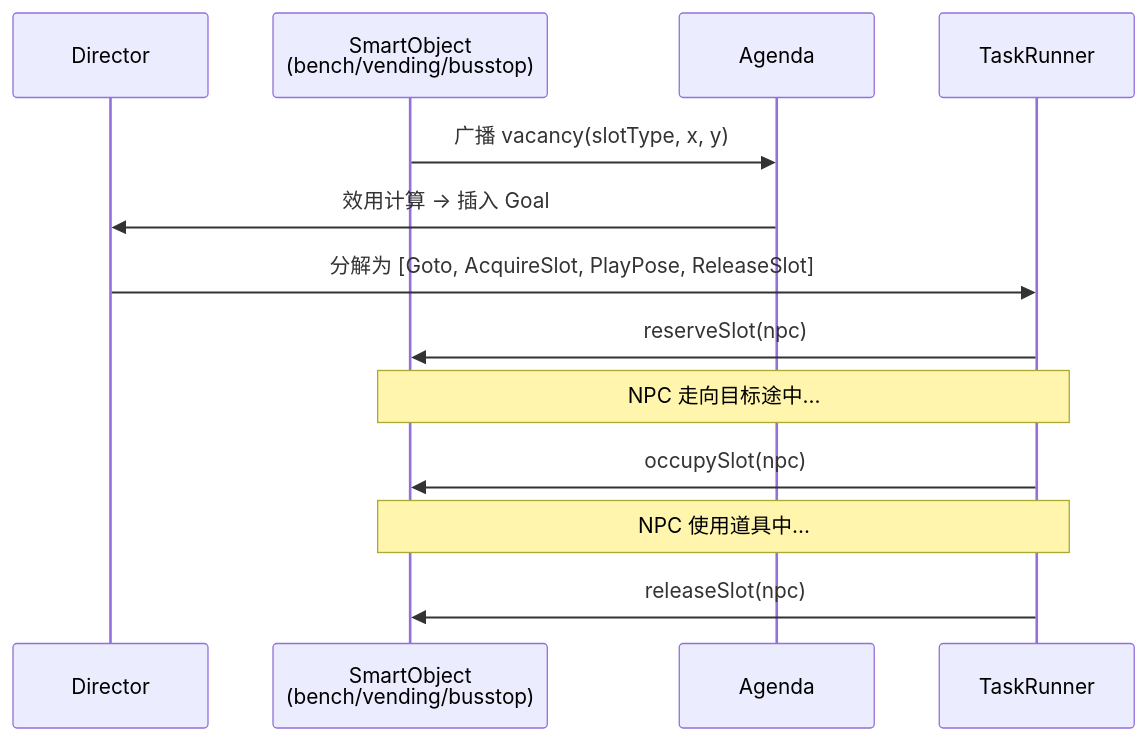
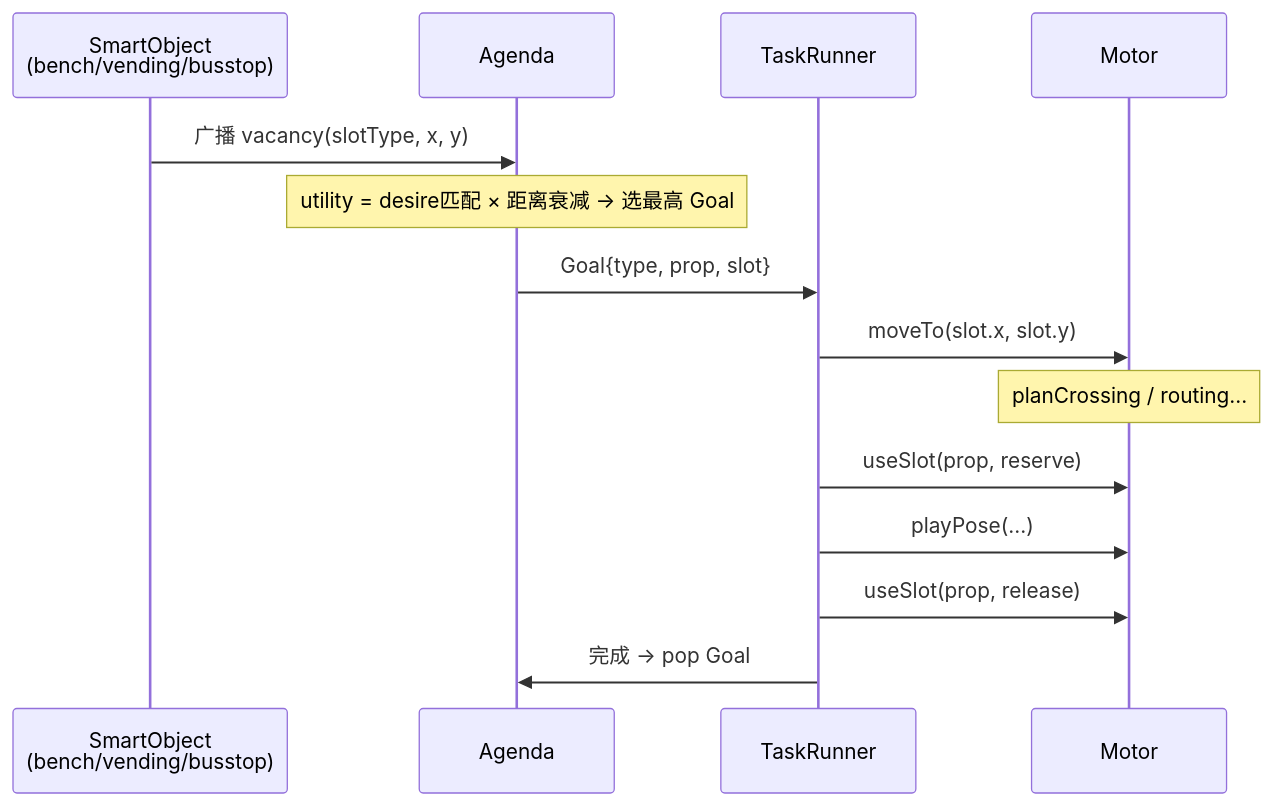
One commit to zxlzzz/news-game changed the fourth of 4 diagrams in docs/behavior-design.md. Above: the diagram before and after it, drawn with Mermaid. The commit also changed other lines of this file, not shown here.

````diff
--- a/docs/behavior-design.md
+++ b/docs/behavior-design.md
@@ -179,16 +186,17 @@
 ```mermaid
 sequenceDiagram
-  participant D as Director
   participant SO as SmartObject<br/>(bench/vending/busstop)
   participant A as Agenda
   participant TR as TaskRunner
+  participant M as Motor
 
   SO->>A: 广播 vacancy(slotType, x, y)
-  A->>D: 效用计算 → 插入 Goal
-  D->>TR: 分解为 [Goto, AcquireSlot, PlayPose, ReleaseSlot]
-  TR->>SO: reserveSlot(npc)
-  Note over TR,SO: NPC 走向目标途中...
-  TR->>SO: occupySlot(npc)
-  Note over TR,SO: NPC 使用道具中...
-  TR->>SO: releaseSlot(npc)
+  Note over A: utility = desire匹配 × 距离衰减 → 选最高 Goal
+  A->>TR: Goal{type, prop, slot}
+  TR->>M: moveTo(slot.x, slot.y)
+  Note over M: planCrossing / routing...
+  TR->>M: useSlot(prop, reserve)
+  TR->>M: playPose(...)
+  TR->>M: useSlot(prop, release)
+  TR->>A: 完成 → pop Goal
 ```
````
